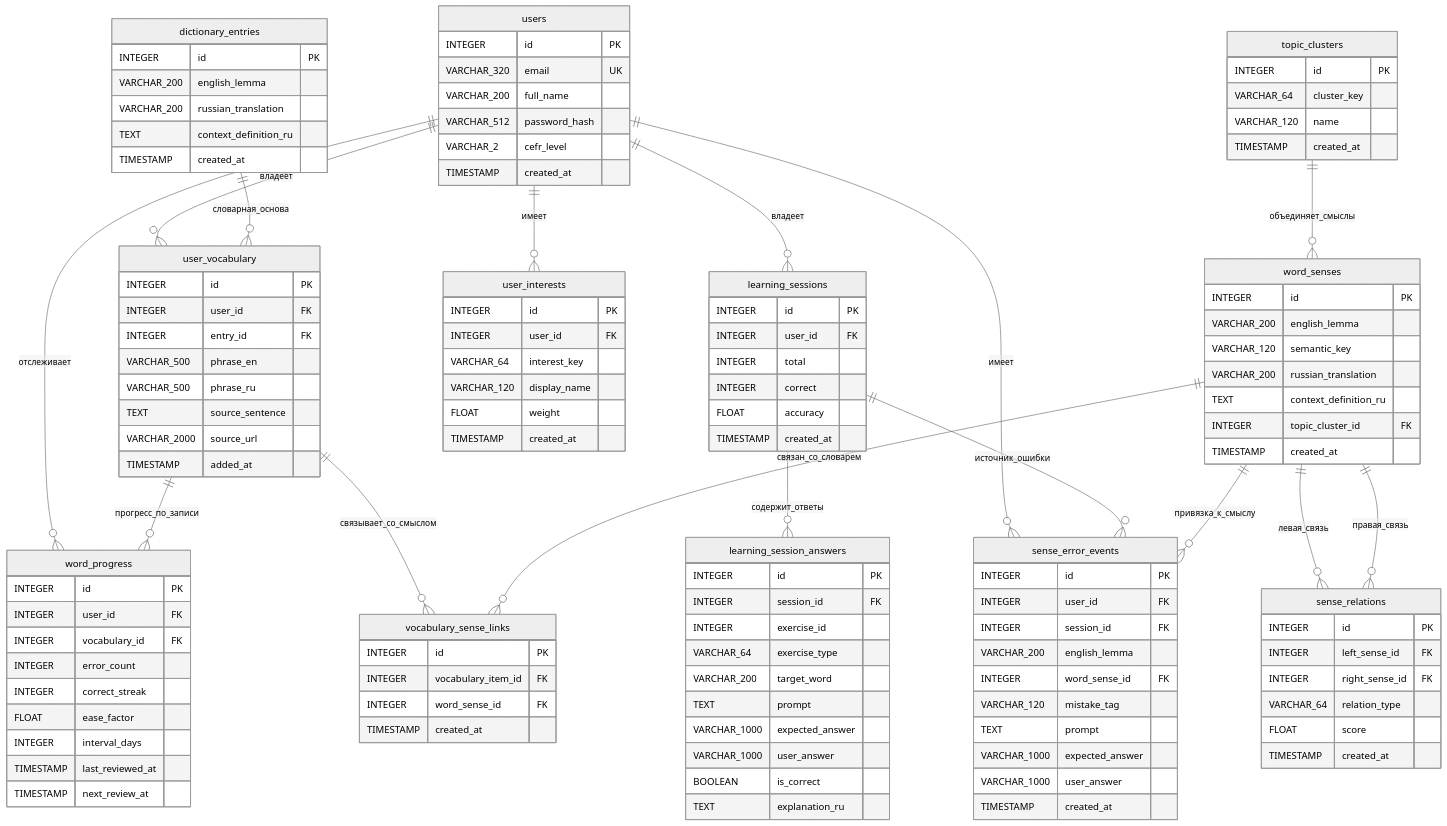
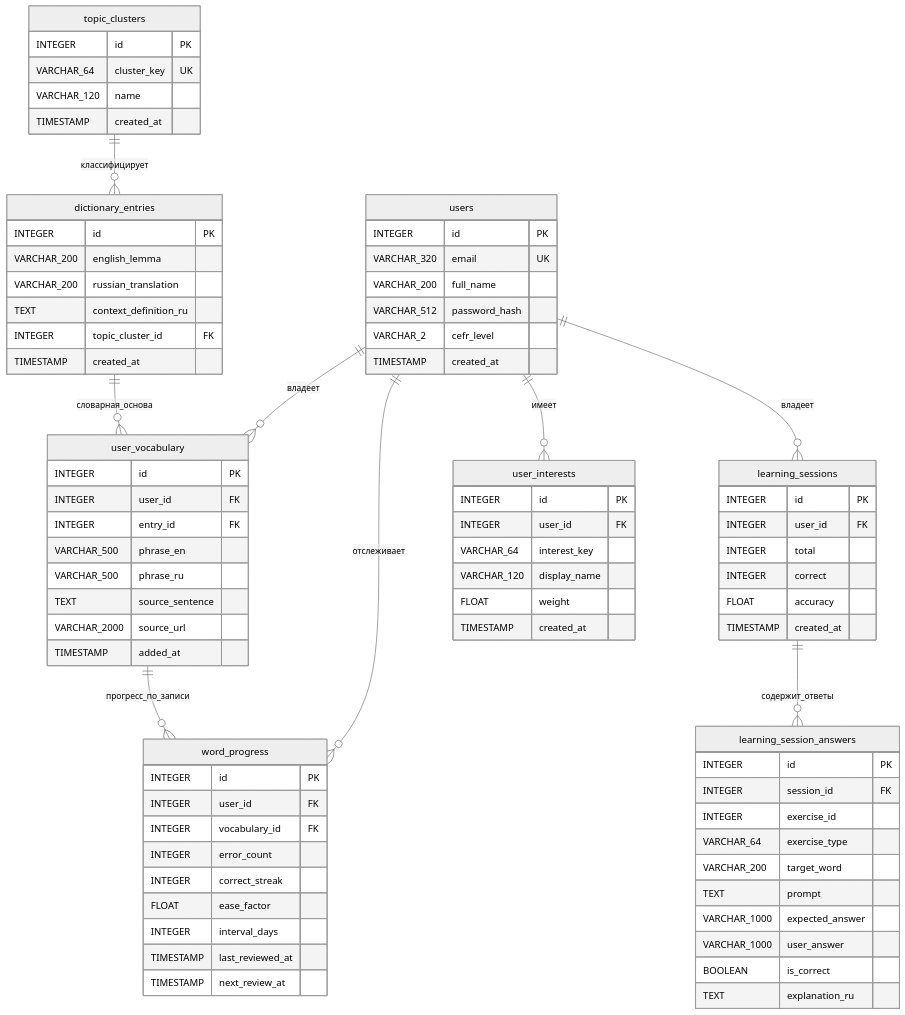
The diagram in docs/database_schema.md (Alena172/VKR_MIREA), drawn with Mermaid (neutral theme) before and after one commit. The commit also changed other lines of this file and 17 other files, not shown here.

Commit message:
feat: collapse word senses and related models into dictionary entries; add topic cluster association for enhanced vocabulary management and streamline database schema

````diff
--- a/docs/database_schema.md
+++ b/docs/database_schema.md
@@ -127,11 +118,19 @@
         TIMESTAMP created_at
     }
 
+    topic_clusters {
+        INTEGER id PK
+        VARCHAR_64 cluster_key UK
+        VARCHAR_120 name
+        TIMESTAMP created_at
+    }
+
     dictionary_entries {
         INTEGER id PK
         VARCHAR_200 english_lemma
         VARCHAR_200 russian_translation
         TEXT context_definition_ru
+        INTEGER topic_cluster_id FK
         TIMESTAMP created_at
     }
 
@@ -189,66 +188,13 @@
         TIMESTAMP created_at
     }
 
-    topic_clusters {
-        INTEGER id PK
-        VARCHAR_64 cluster_key
-        VARCHAR_120 name
-        TIMESTAMP created_at
-    }
-
-    word_senses {
-        INTEGER id PK
-        VARCHAR_200 english_lemma
-        VARCHAR_120 semantic_key
-        VARCHAR_200 russian_translation
-        TEXT context_definition_ru
-        INTEGER topic_cluster_id FK
-        TIMESTAMP created_at
-    }
-
-    vocabulary_sense_links {
-        INTEGER id PK
-        INTEGER vocabulary_item_id FK
-        INTEGER word_sense_id FK
-        TIMESTAMP created_at
-    }
-
-    sense_relations {
-        INTEGER id PK
-        INTEGER left_sense_id FK
-        INTEGER right_sense_id FK
-        VARCHAR_64 relation_type
-        FLOAT score
-        TIMESTAMP created_at
-    }
-
-    sense_error_events {
-        INTEGER id PK
-        INTEGER user_id FK
-        INTEGER session_id FK
-        VARCHAR_200 english_lemma
-        INTEGER word_sense_id FK
-        VARCHAR_120 mistake_tag
-        TEXT prompt
-        VARCHAR_1000 expected_answer
-        VARCHAR_1000 user_answer
-        TIMESTAMP created_at
-    }
-
     users ||--o{ user_vocabulary : владеет
     users ||--o{ word_progress : отслеживает
     users ||--o{ learning_sessions : владеет
     users ||--o{ user_interests : имеет
-    users ||--o{ sense_error_events : имеет
 
+    topic_clusters ||--o{ dictionary_entries : классифицирует
     dictionary_entries ||--o{ user_vocabulary : словарная_основа
     user_vocabulary ||--o{ word_progress : прогресс_по_записи
     learning_sessions ||--o{ learning_session_answers : содержит_ответы
-    topic_clusters ||--o{ word_senses : объединяет_смыслы
-    user_vocabulary ||--o{ vocabulary_sense_links : связывает_со_смыслом
-    word_senses ||--o{ vocabulary_sense_links : связан_со_словарем
-    word_senses ||--o{ sense_relations : левая_связь
-    word_senses ||--o{ sense_relations : правая_связь
-    learning_sessions ||--o{ sense_error_events : источник_ошибки
-    word_senses ||--o{ sense_error_events : привязка_к_смыслу
 ```
````
